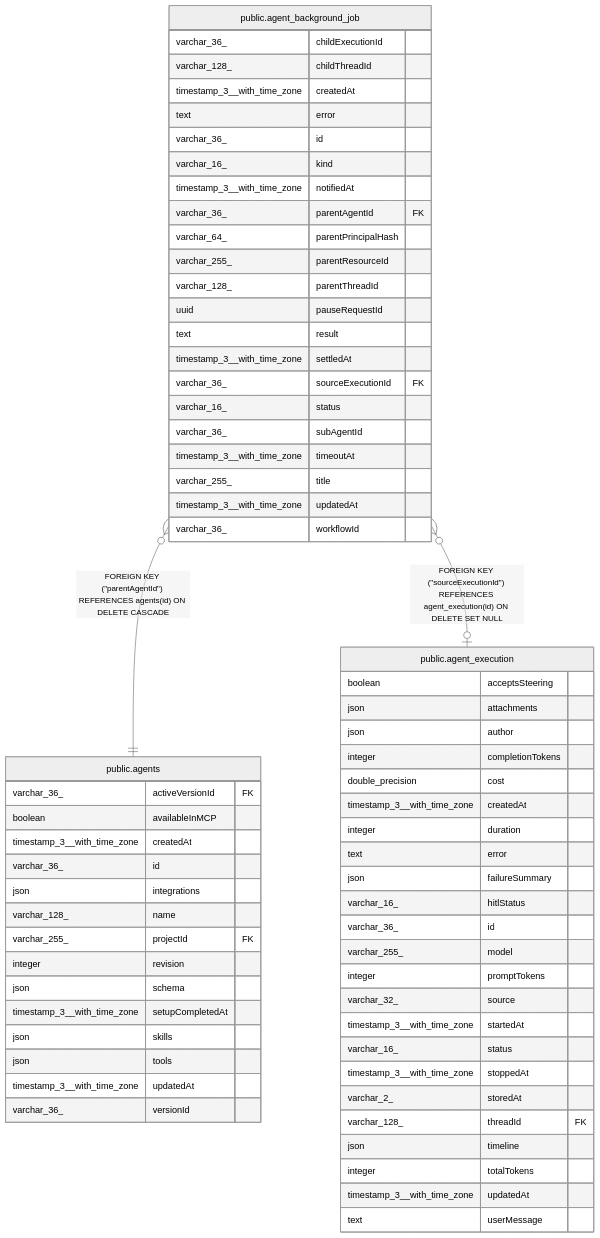
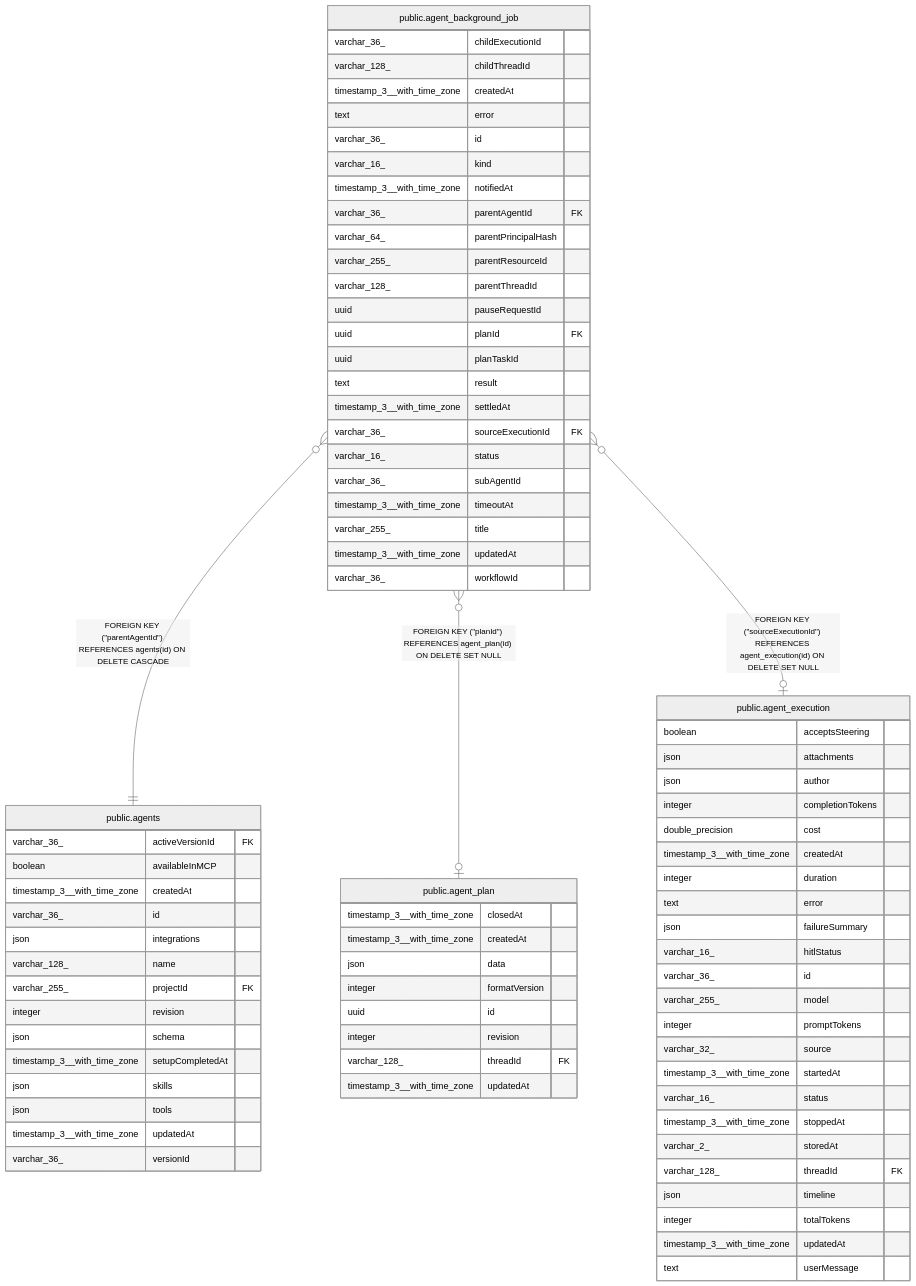
One commit to Dhananjayrbiraris/n8n changed the diagram in docs/generated/postgres-schema/public.agent_background_job.md. Above: the diagram before and after it, drawn with Mermaid (neutral theme). The commit also changed other lines of this file and 41 other files, not shown here.

```diff
--- a/docs/generated/postgres-schema/public.agent_background_job.md
+++ b/docs/generated/postgres-schema/public.agent_background_job.md
@@ -64,6 +68,7 @@
 erDiagram
 
 "public.agent_background_job" }o--|| "public.agents" : "FOREIGN KEY (#quot;parentAgentId#quot;) REFERENCES agents(id) ON DELETE CASCADE"
+"public.agent_background_job" }o--o| "public.agent_plan" : "FOREIGN KEY (#quot;planId#quot;) REFERENCES agent_plan(id) ON DELETE SET NULL"
 "public.agent_background_job" }o--o| "public.agent_execution" : "FOREIGN KEY (#quot;sourceExecutionId#quot;) REFERENCES agent_execution(id) ON DELETE SET NULL"
 
 "public.agent_background_job" {
@@ -79,6 +84,8 @@
   varchar_255_ parentResourceId
   varchar_128_ parentThreadId
   uuid pauseRequestId
+  uuid planId FK
+  uuid planTaskId
   text result
   timestamp_3__with_time_zone settledAt
   varchar_36_ sourceExecutionId FK
@@ -104,6 +111,16 @@
   json tools
   timestamp_3__with_time_zone updatedAt
   varchar_36_ versionId
+}
+"public.agent_plan" {
+  timestamp_3__with_time_zone closedAt
+  timestamp_3__with_time_zone createdAt
+  json data
+  integer formatVersion
+  uuid id
+  integer revision
+  varchar_128_ threadId FK
+  timestamp_3__with_time_zone updatedAt
 }
 "public.agent_execution" {
   boolean acceptsSteering
```
